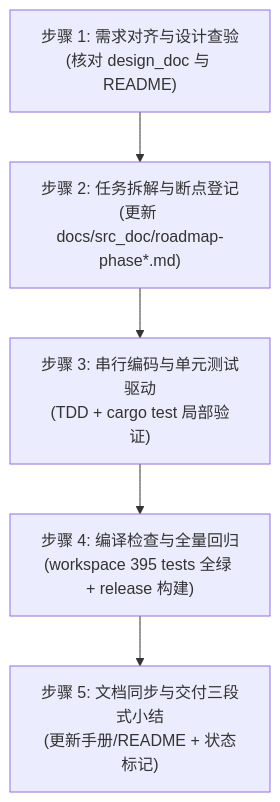
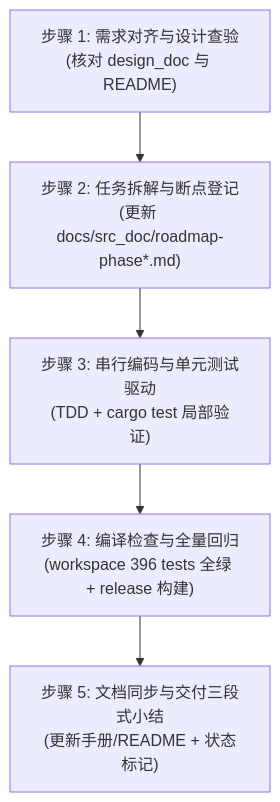
One commit to digoal/agent-body changed the diagram in skills/agent-body-developer/SKILL.md. Above: the diagram before and after it, drawn with Mermaid. The commit also changed other lines of this file and 54 other files, not shown here.

````diff
--- a/skills/agent-body-developer/SKILL.md
+++ b/skills/agent-body-developer/SKILL.md
@@ -114,7 +114,7 @@
 ```mermaid
 flowchart TD
     A["步骤 1: 需求对齐与设计查验<br/>(核对 design_doc 与 README)"] --> B["步骤 2: 任务拆解与断点登记<br/>(更新 docs/src_doc/roadmap-phase*.md)"]
     B --> C["步骤 3: 串行编码与单元测试驱动<br/>(TDD + cargo test 局部验证)"]
-    C --> D["步骤 4: 编译检查与全量回归<br/>(workspace 395 tests 全绿 + release 构建)"]
+    C --> D["步骤 4: 编译检查与全量回归<br/>(workspace 396 tests 全绿 + release 构建)"]
     D --> E["步骤 5: 文档同步与交付三段式小结<br/>(更新手册/README + 状态标记)"]
 ```
````
